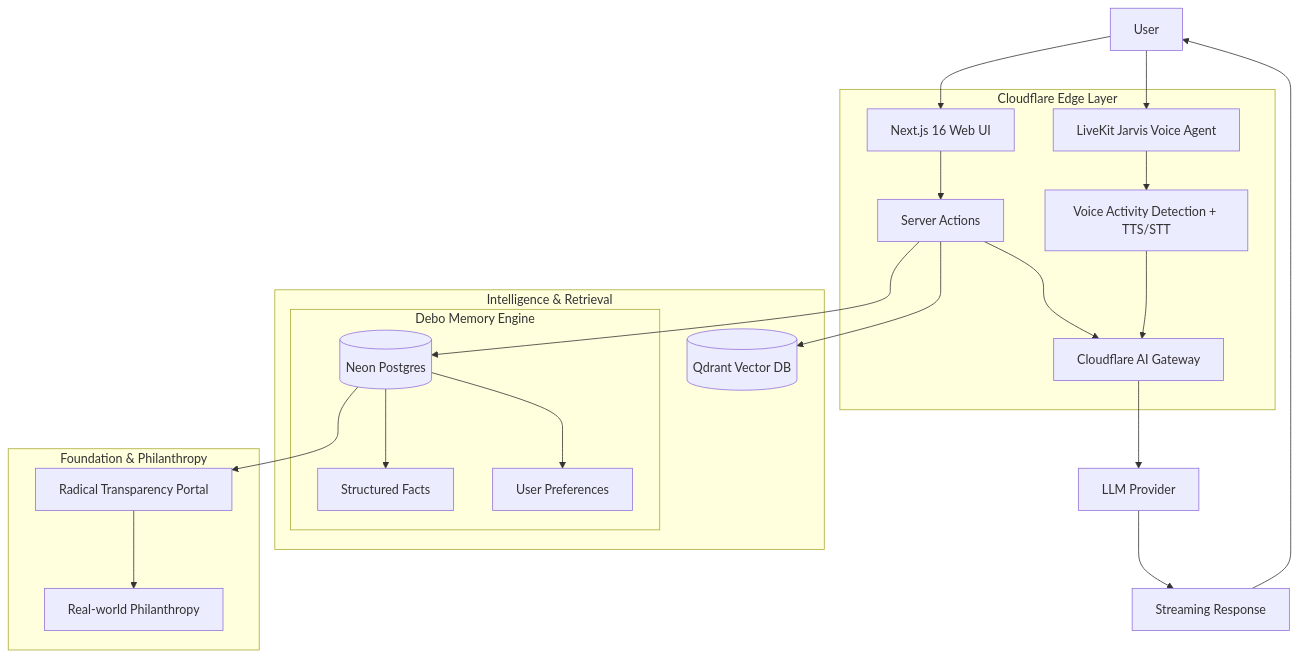
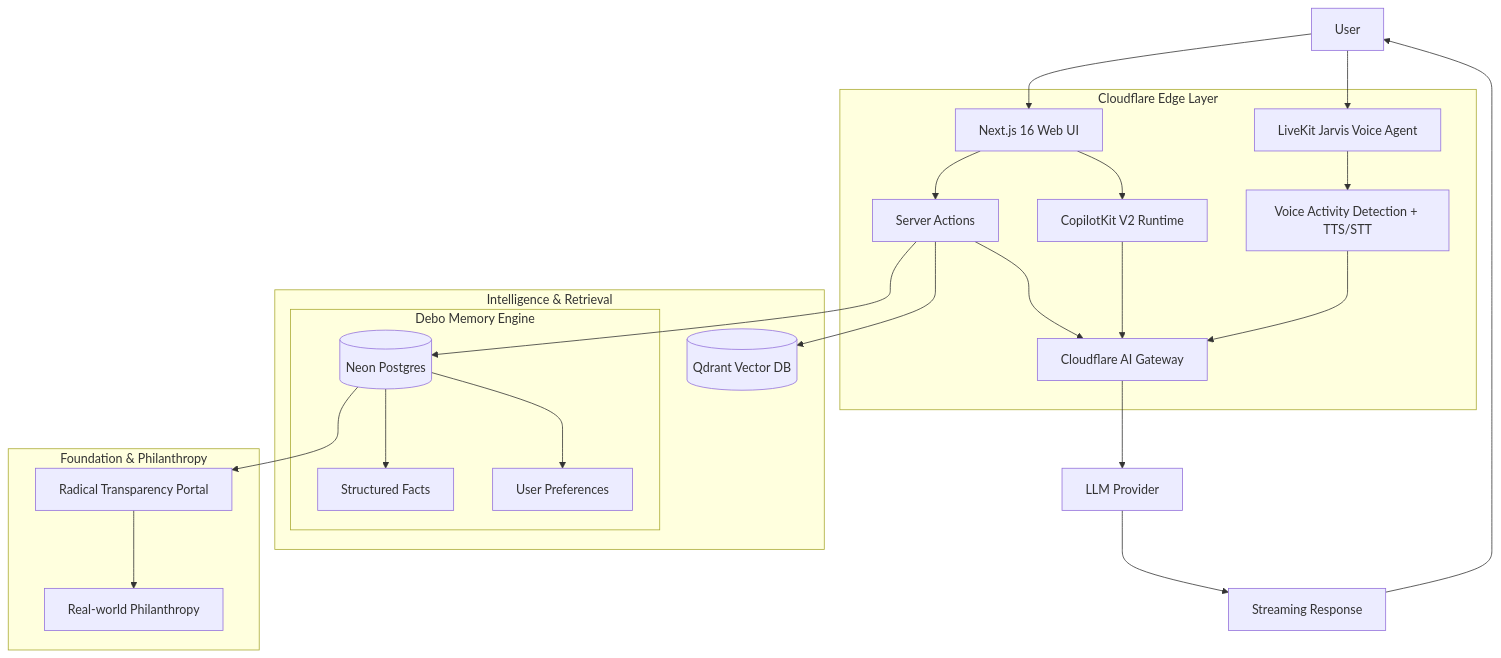
The diagram in docs/ARCHITECTURE.md (SH20RAJ/debo), drawn with Mermaid before and after one commit. The commit also changed other lines of this file and 7 other files, not shown here.

````diff
--- a/docs/ARCHITECTURE.md
+++ b/docs/ARCHITECTURE.md
@@ -10,31 +10,33 @@
 ```mermaid
 graph TD
     User[User] --> Web[Next.js 16 Web UI]
     User --> Voice[LiveKit Jarvis Voice Agent]
     
     subgraph Edge_Execution[Cloudflare Edge Layer]
         Web --> Actions[Server Actions]
+        Web --> Copilot[CopilotKit V2 Runtime]
         Voice --> VoiceLogic[Voice Activity Detection + TTS/STT]
         Actions --> AIGateway[Cloudflare AI Gateway]
+        Copilot --> AIGateway
         VoiceLogic --> AIGateway
     end
 
     subgraph Intelligence_Layer[Intelligence & Retrieval]
         Actions --> DB[(Neon Postgres)]
         Actions --> Qdrant[(Qdrant Vector DB)]
         
         subgraph Memory_Engine[Debo Memory Engine]
             DB --> Facts[Structured Facts]
             DB --> Prefs[User Preferences]
         end
     end
 
     subgraph Impact_Layer[Foundation & Philanthropy]
         DB --> Transparency[Radical Transparency Portal]
         Transparency --> Impact[Real-world Philanthropy]
     end
 
     AIGateway --> LLM[LLM Provider]
     LLM --> Stream[Streaming Response]
     Stream --> User
 ```
````
